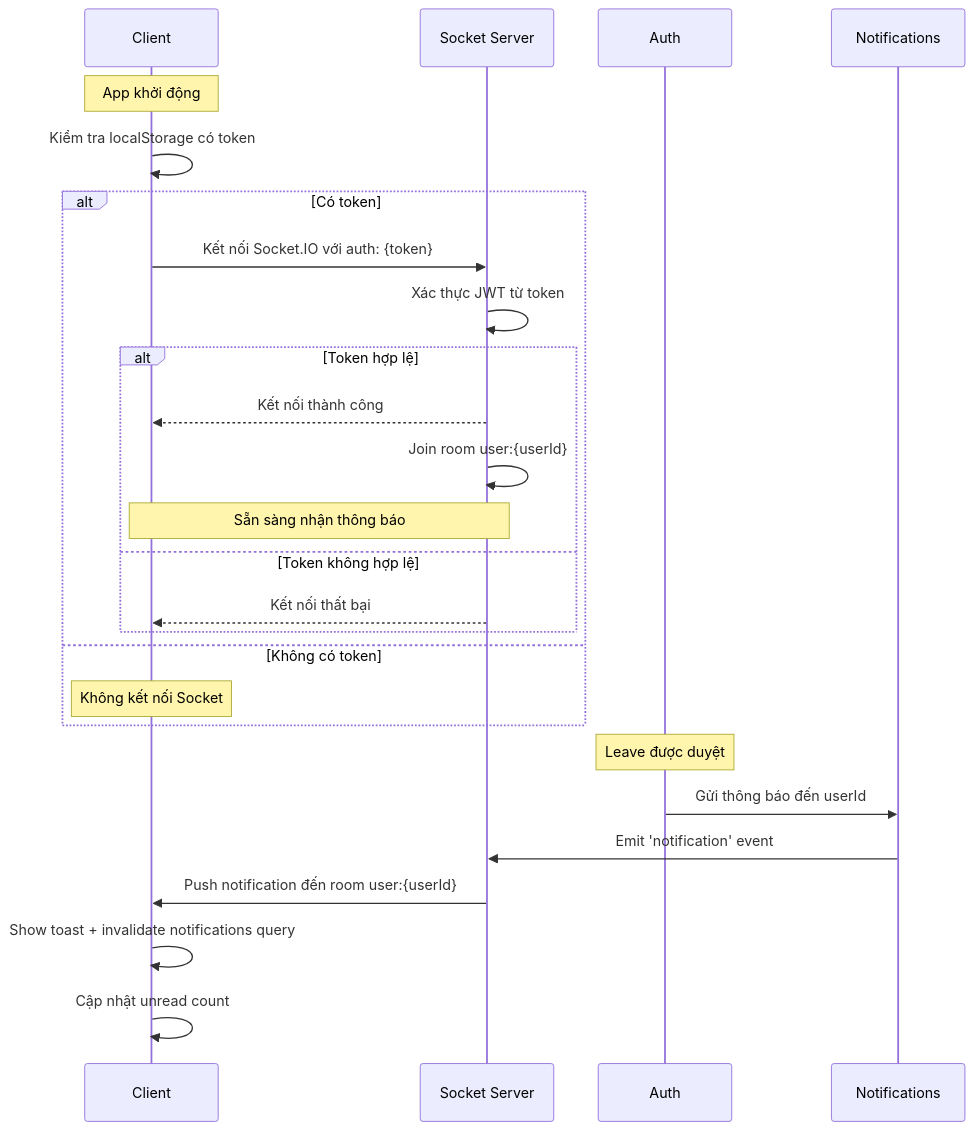
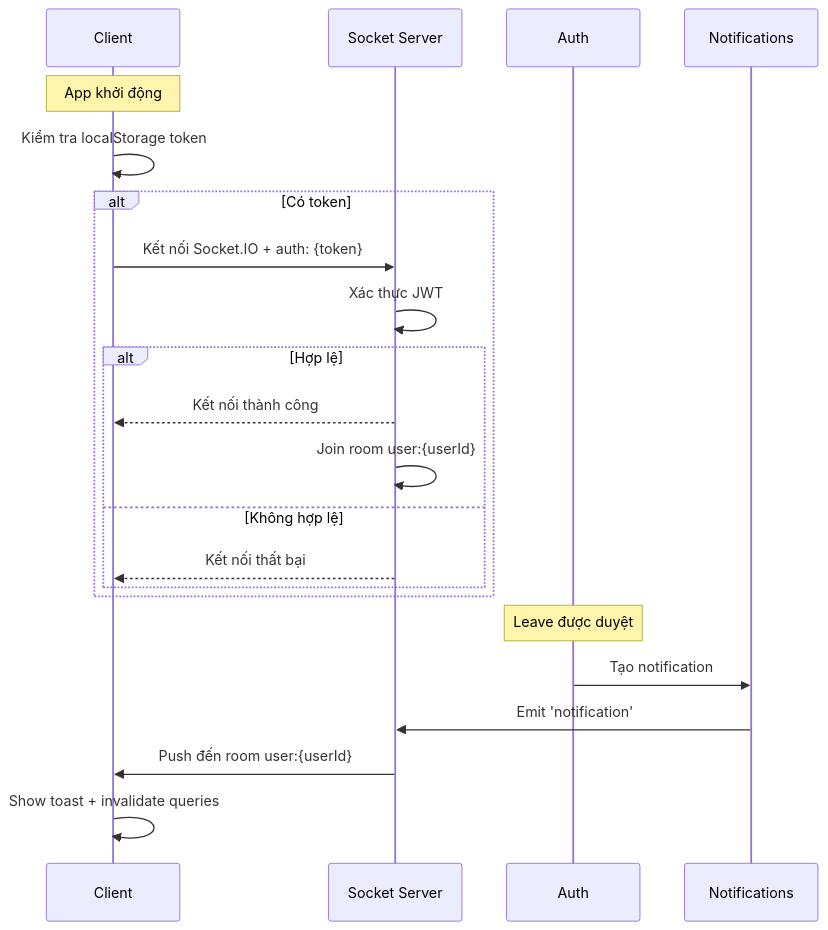
Before and after one commit to nghiaxh/hr-management: diagram 14 of 24 in docs/SDD.md, drawn with Mermaid. The commit also changed other lines of this file and 8 other files, not shown here.

````diff
--- a/docs/SDD.md
+++ b/docs/SDD.md
@@ -1114,30 +839,24 @@
 ```mermaid
 sequenceDiagram
     participant C as Client
     participant S as Socket Server
     participant A as Auth
     participant N as Notifications
-
     Note over C: App khởi động
-    C->>C: Kiểm tra localStorage có token
+    C->>C: Kiểm tra localStorage token
     alt Có token
-        C->>S: Kết nối Socket.IO với auth: {token}
-        S->>S: Xác thực JWT từ token
-        alt Token hợp lệ
+        C->>S: Kết nối Socket.IO + auth: {token}
+        S->>S: Xác thực JWT
+        alt Hợp lệ
             S-->>C: Kết nối thành công
             S->>S: Join room user:{userId}
-            Note over C,S: Sẵn sàng nhận thông báo
-        else Token không hợp lệ
+        else Không hợp lệ
             S-->>C: Kết nối thất bại
         end
-    else Không có token
-        Note over C: Không kết nối Socket
     end
-
     Note over A: Leave được duyệt
-    A->>N: Gửi thông báo đến userId
-    N->>S: Emit 'notification' event
-    S->>C: Push notification đến room user:{userId}
-    C->>C: Show toast + invalidate notifications query
-    C->>C: Cập nhật unread count
+    A->>N: Tạo notification
+    N->>S: Emit 'notification'
+    S->>C: Push đến room user:{userId}
+    C->>C: Show toast + invalidate queries
 ```
````
